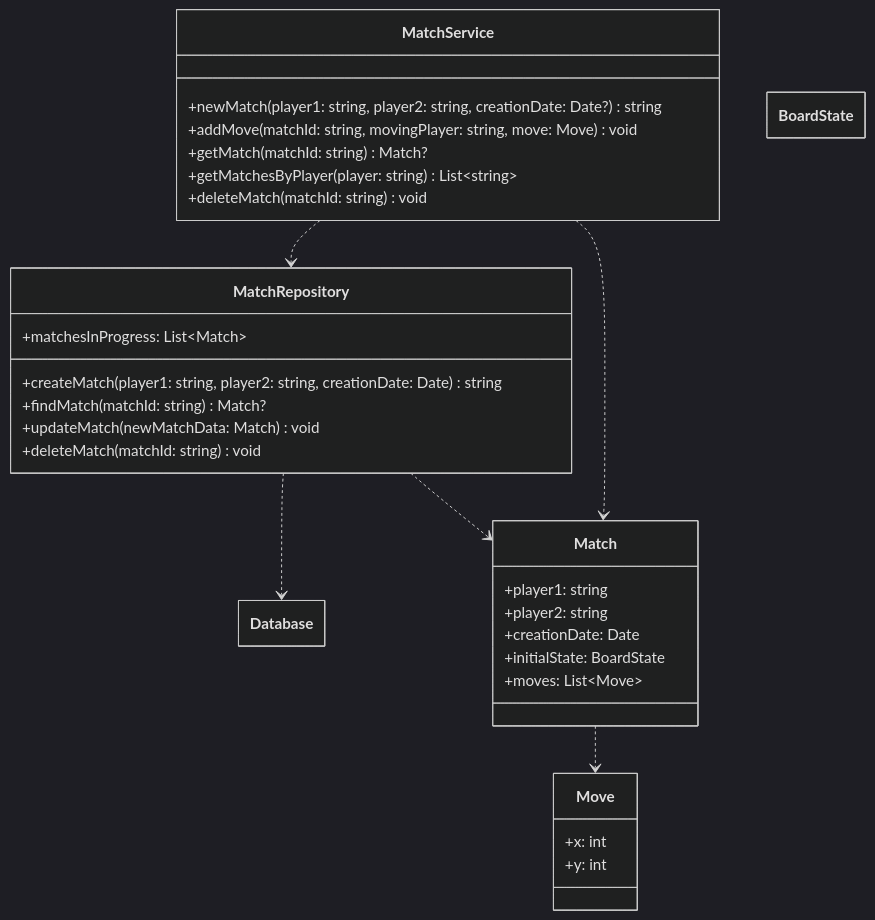
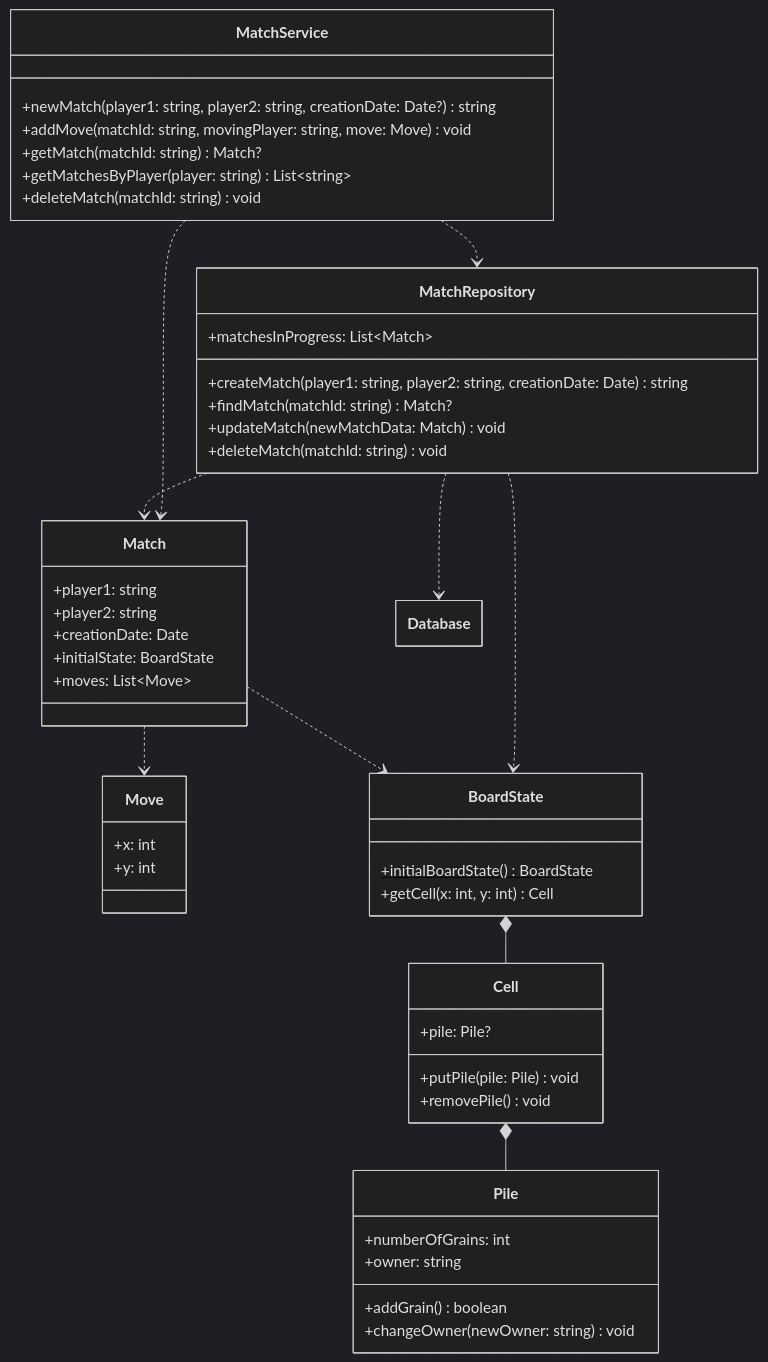
The diagram in docs/uml/match.md (AndreaB2000/ASW-project), drawn with Mermaid (dark theme) before and after one commit.

Commit message:
docs: add BoardState to UML

````diff
--- a/docs/uml/match.md
+++ b/docs/uml/match.md
@@ -60,7 +60,29 @@
         +deleteMatch(matchId: string) void
     }
 
+    %% A fixed-sized matrix of cells
     class BoardState {
+
+        %% The default board state
+        +initialBoardState() BoardState$
+
+        +getCell(x: int, y: int) Cell
+    }
+
+    %% Board cell which can contain a pile
+    class Cell {
+        +pile: Pile?
+        +putPile(pile: Pile) void
+        +removePile() void
+    }
+
+    class Pile {
+        +numberOfGrains: int
+        +owner: string
+
+        %% Returns true if the grain has been added, false if it cannot be added
+        +addGrain() boolean
+        +changeOwner(newOwner: string) void
     }
 
     MatchRepository ..> Database
@@ -68,4 +90,8 @@
     MatchRepository ..> Match
     MatchService ..> Match
     Match ..> Move
+    Match ..> BoardState
+    MatchRepository ..> BoardState
+    BoardState *-- Cell
+    Cell *-- Pile
 ```
````
